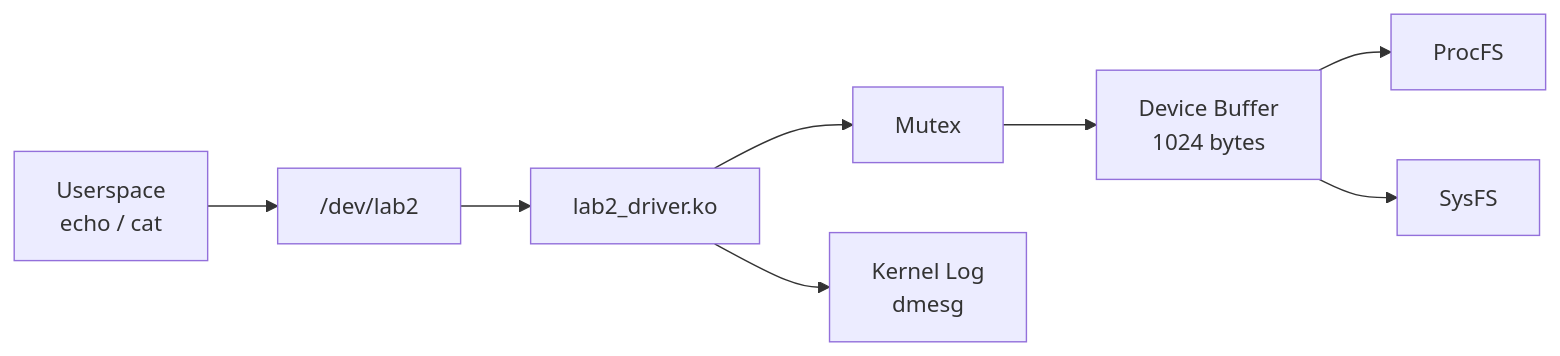
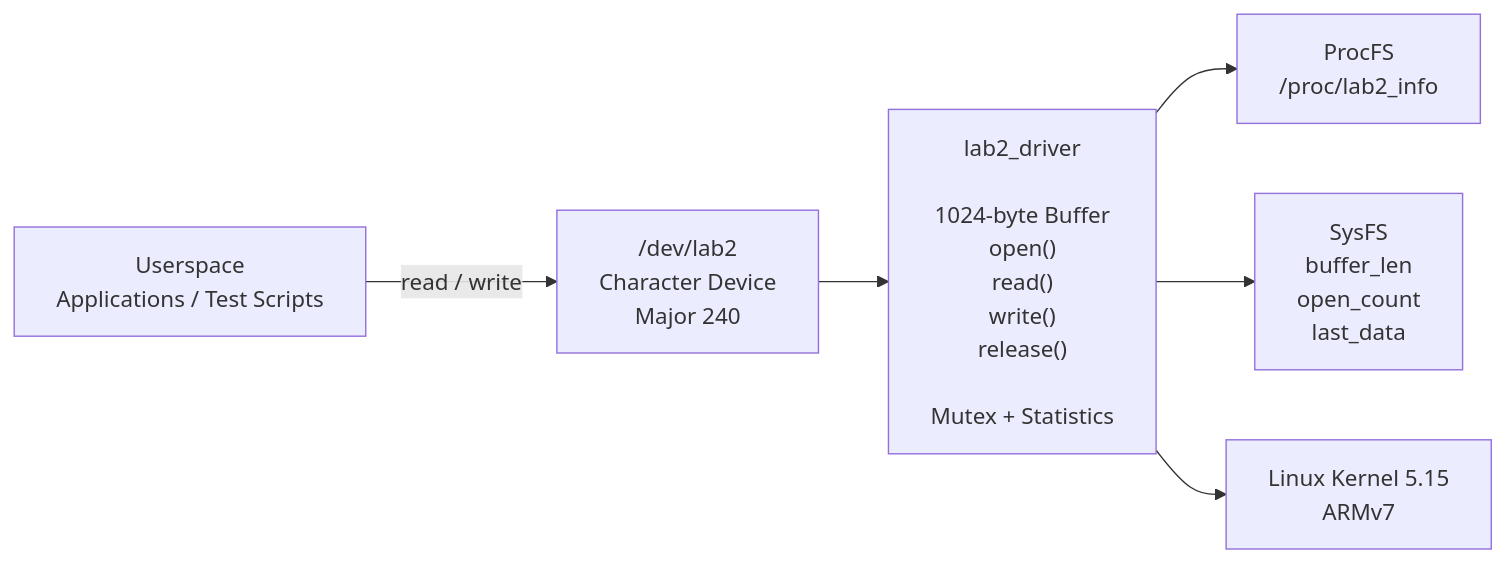
Before and after one commit to BlackWater006/embedded-linux-lab2: the second of 4 diagrams in README.md, drawn with Mermaid. The commit also changed other lines of this file, not shown here.

````diff
--- a/README.md
+++ b/README.md
@@ -112,20 +174,21 @@
 ```mermaid
 flowchart LR
+    USER["Userspace<br/>Applications / Test Scripts"]
 
-    A["Userspace<br/>echo / cat"]
-    B["/dev/lab2"]
-    C["lab2_driver.ko"]
-    D["Mutex"]
-    E["Device Buffer<br/>1024 bytes"]
-    F["ProcFS"]
-    G["SysFS"]
-    H["Kernel Log<br/>dmesg"]
+    DEV["/dev/lab2<br/>Character Device<br/>Major 240"]
 
-    A --> B
-    B --> C
-    C --> D
-    D --> E
-    E --> F
-    E --> G
-    C --> H
+    DRIVER["lab2_driver<br/><br/>1024-byte Buffer<br/>open()<br/>read()<br/>write()<br/>release()<br/><br/>Mutex + Statistics"]
+
+    PROC["ProcFS<br/>/proc/lab2_info"]
+
+    SYS["SysFS<br/>buffer_len<br/>open_count<br/>last_data"]
+
+    KERNEL["Linux Kernel 5.15<br/>ARMv7"]
+
+    USER -->|"read / write"| DEV
+    DEV --> DRIVER
+
+    DRIVER --> PROC
+    DRIVER --> SYS
+    DRIVER --> KERNEL
 ```
````
